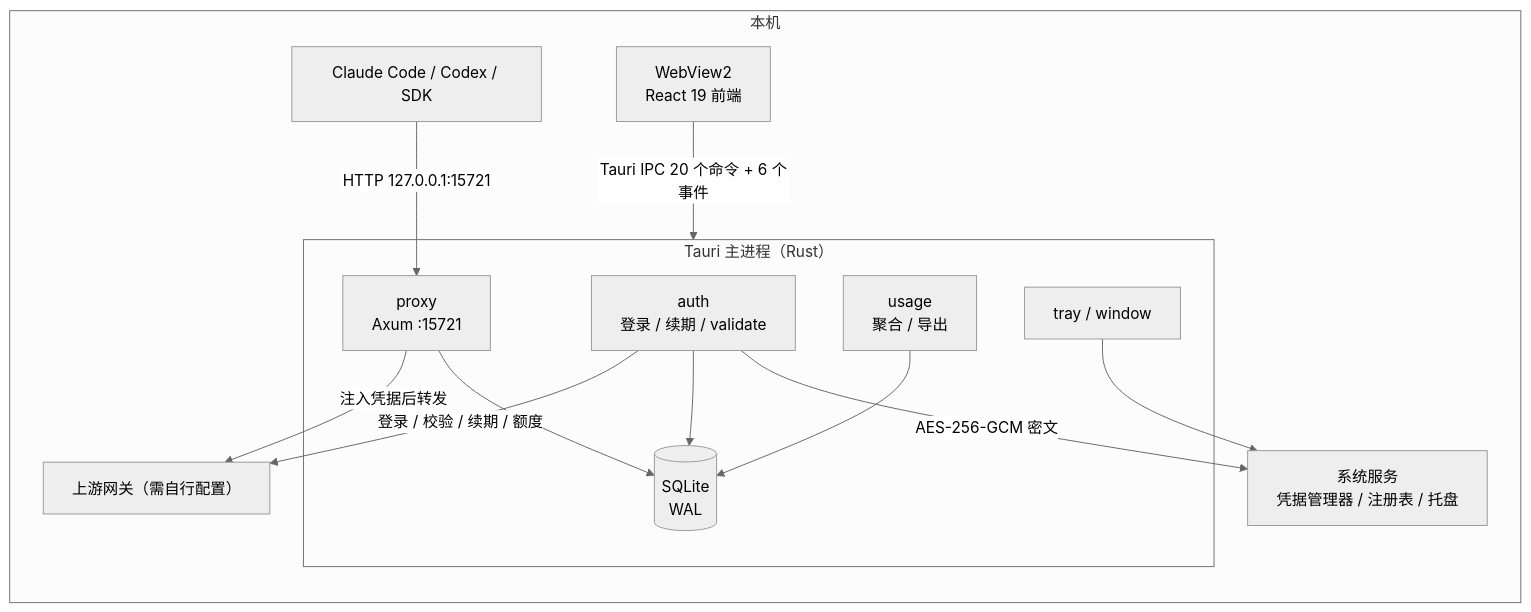
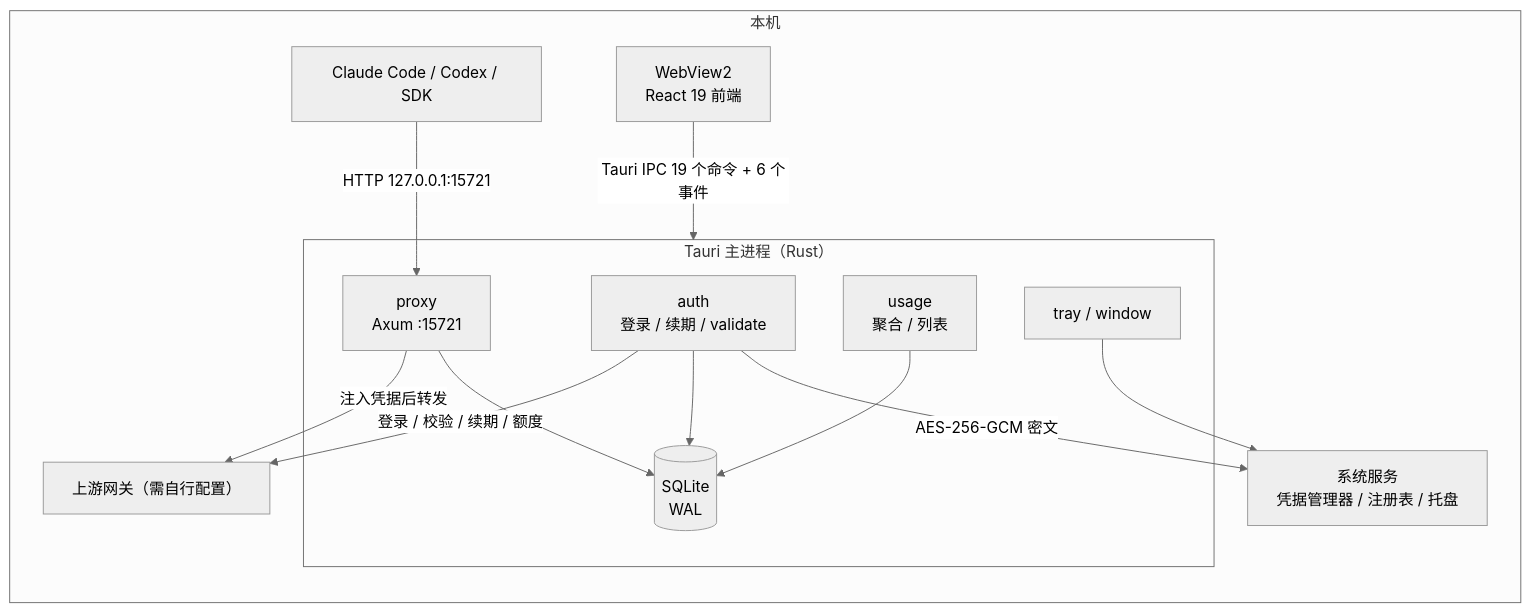
Before and after one commit to CMHubLight/codemaker-hub-light: the diagram in docs/architecture.md, drawn with Mermaid (neutral theme). The commit also changed other lines of this file and 12 other files, not shown here.

````diff
--- a/docs/architecture.md
+++ b/docs/architecture.md
@@ -19,25 +19,25 @@
 ```mermaid
 flowchart LR
   subgraph Host["本机"]
     subgraph Main["Tauri 主进程（Rust）"]
       AUTH["auth<br/>登录 / 续期 / validate"]
       PROXY["proxy<br/>Axum :15721"]
-      USAGE["usage<br/>聚合 / 导出"]
+      USAGE["usage<br/>聚合 / 列表"]
       DB[("SQLite<br/>WAL")]
       TRAY["tray / window"]
     end
     WV["WebView2<br/>React 19 前端"]
     OS["系统服务<br/>凭据管理器 / 注册表 / 托盘"]
     CLIENT["Claude Code / Codex / SDK"]
     GW["上游网关（需自行配置）"]
   end
-  WV -->|"Tauri IPC 20 个命令 + 6 个事件"| Main
+  WV -->|"Tauri IPC 19 个命令 + 6 个事件"| Main
   CLIENT -->|"HTTP 127.0.0.1:15721"| PROXY
   PROXY -->|"注入凭据后转发"| GW
   AUTH -->|"登录 / 校验 / 续期 / 额度"| GW
   AUTH --> DB
   PROXY --> DB
   USAGE --> DB
   AUTH -->|"AES-256-GCM 密文"| OS
   TRAY --> OS
 ```
````
